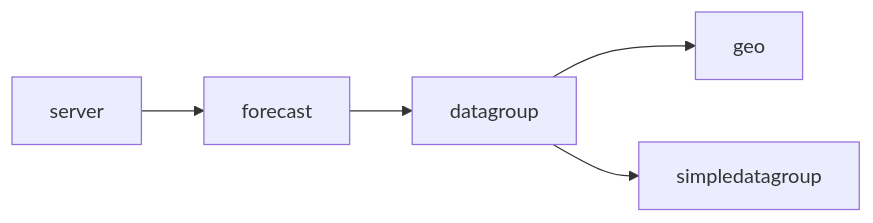
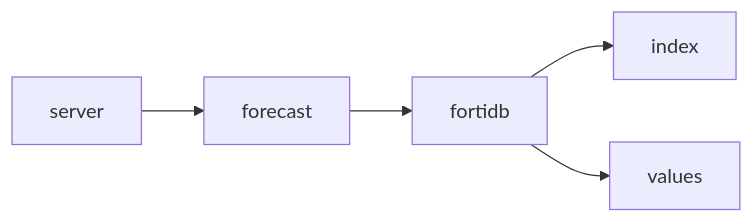
One commit to metno/forti changed the diagram in rawdataforecaster/README.md. Above: the diagram before and after it, drawn with Mermaid. The commit also changed other lines of this file, not shown here.

````diff
--- a/rawdataforecaster/README.md
+++ b/rawdataforecaster/README.md
@@ -7,7 +7,7 @@
 ```mermaid
 graph LR;
 server --> forecast;
-forecast --> datagroup;
-datagroup --> geo;
-datagroup --> simpledatagroup;
+forecast --> fortidb;
+fortidb --> index;
+fortidb --> values;
 ```
````
